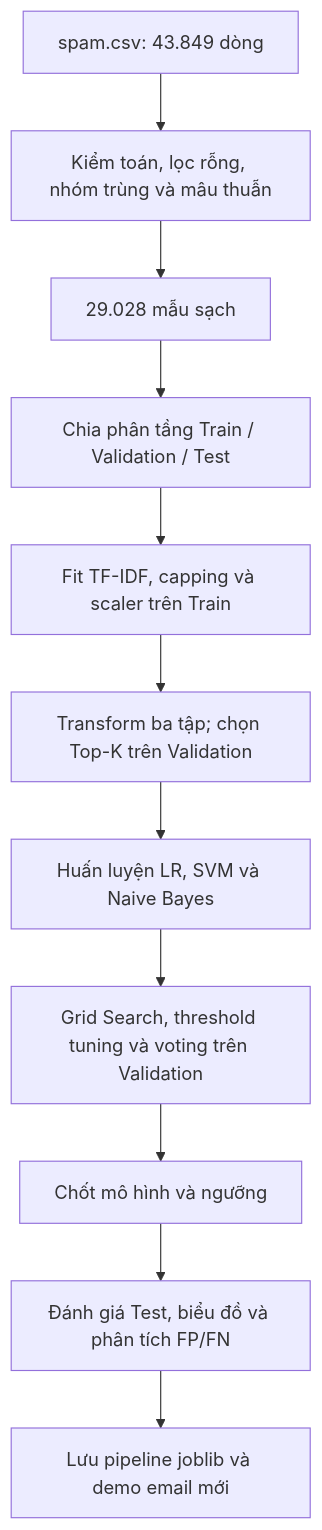
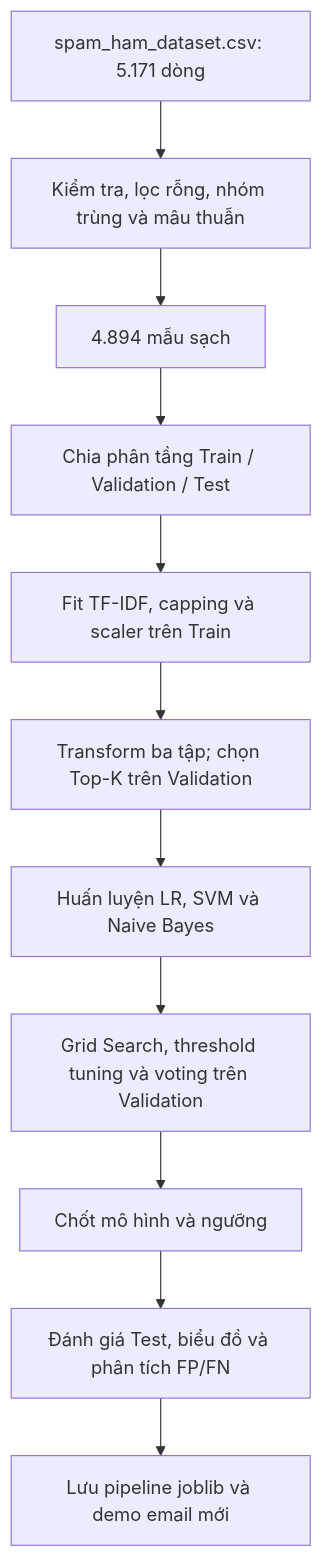
The diagram in README.md (iamtien77/spam_classifier), drawn with Mermaid before and after one commit. The commit also changed other lines of this file, not shown here.

Commit message:
docs: cập nhật README theo dataset và kết quả bài lab hiện tại

````diff
--- a/README.md
+++ b/README.md
@@ -246,13 +250,13 @@
 ```mermaid
 flowchart TD
-    A[spam.csv: 43.849 dòng] --> B[Kiểm toán, lọc rỗng, nhóm trùng và mâu thuẫn]
-    B --> C[29.028 mẫu sạch]
+    A[spam_ham_dataset.csv: 5.171 dòng] --> B[Kiểm tra, lọc rỗng, nhóm trùng và mâu thuẫn]
+    B --> C[4.894 mẫu sạch]
     C --> D[Chia phân tầng Train / Validation / Test]
     D --> E[Fit TF-IDF, capping và scaler trên Train]
     E --> F[Transform ba tập; chọn Top-K trên Validation]
     F --> G[Huấn luyện LR, SVM và Naive Bayes]
     G --> H[Grid Search, threshold tuning và voting trên Validation]
     H --> I[Chốt mô hình và ngưỡng]
     I --> J[Đánh giá Test, biểu đồ và phân tích FP/FN]
     J --> K[Lưu pipeline joblib và demo email mới]
 ```
````
